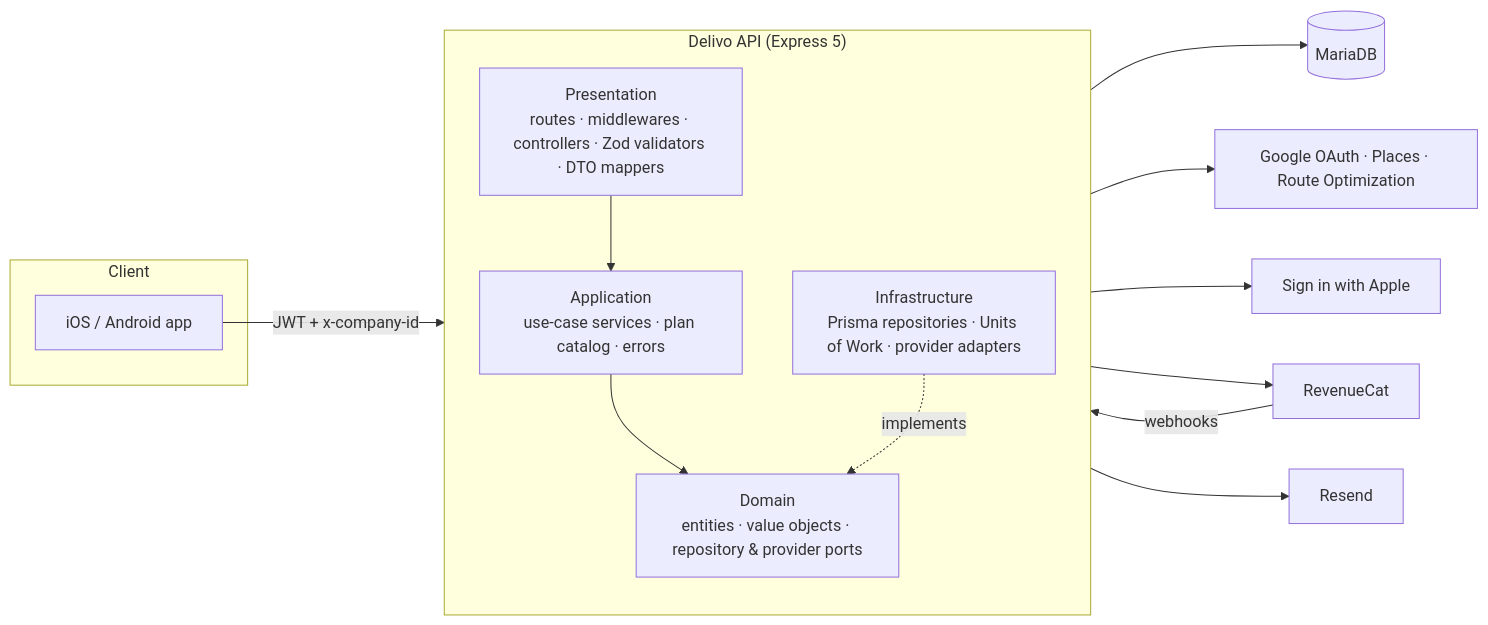
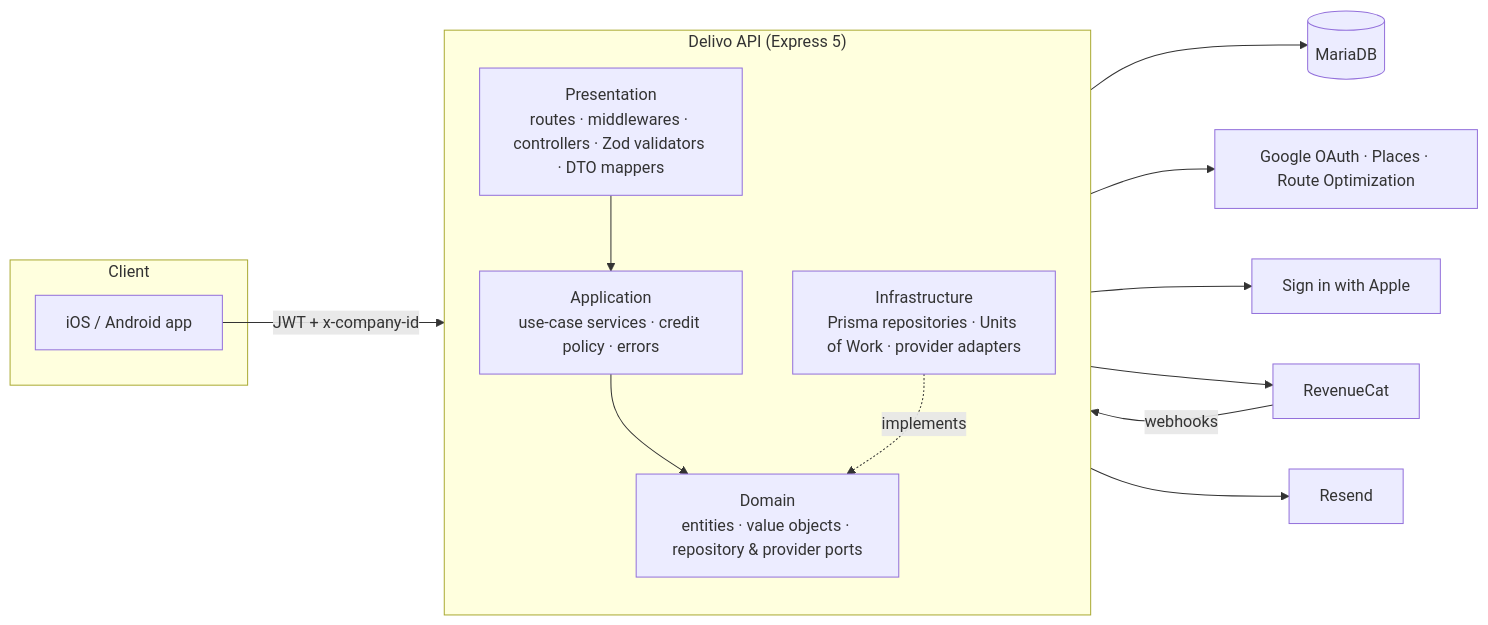
One commit to Santaval/delivo-api changed the diagram in README.md. Above: the diagram before and after it, drawn with Mermaid. The commit also changed other lines of this file and 34 other files, not shown here.

````diff
--- a/README.md
+++ b/README.md
@@ -51,30 +50,30 @@
 ```mermaid
 flowchart LR
     subgraph Client
       APP[iOS / Android app]
     end
 
     subgraph API["Delivo API (Express 5)"]
       direction TB
       P["Presentation<br/>routes · middlewares · controllers · Zod validators · DTO mappers"]
-      A["Application<br/>use-case services · plan catalog · errors"]
+      A["Application<br/>use-case services · credit policy · errors"]
       D["Domain<br/>entities · value objects · repository & provider ports"]
       I["Infrastructure<br/>Prisma repositories · Units of Work · provider adapters"]
       P --> A --> D
       I -. implements .-> D
     end
 
     DB[(MariaDB)]
     G[Google OAuth · Places · Route Optimization]
     AP[Sign in with Apple]
     RC[RevenueCat]
     RS[Resend]
 
     APP -- "JWT + x-company-id" --> P
     RC -- webhooks --> P
     I --> DB
     I --> G
     I --> AP
     I --> RC
     I --> RS
 ```
````
